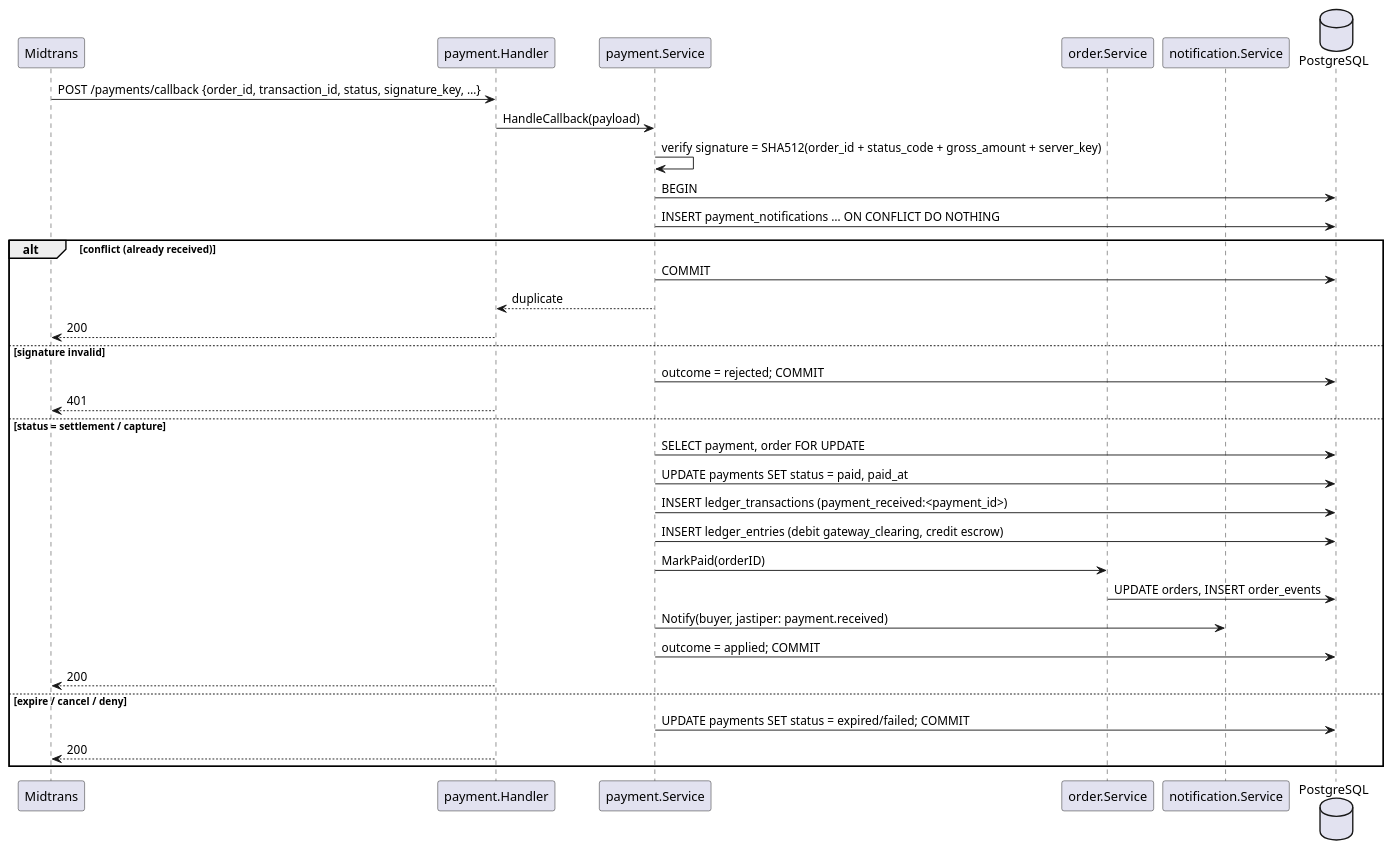
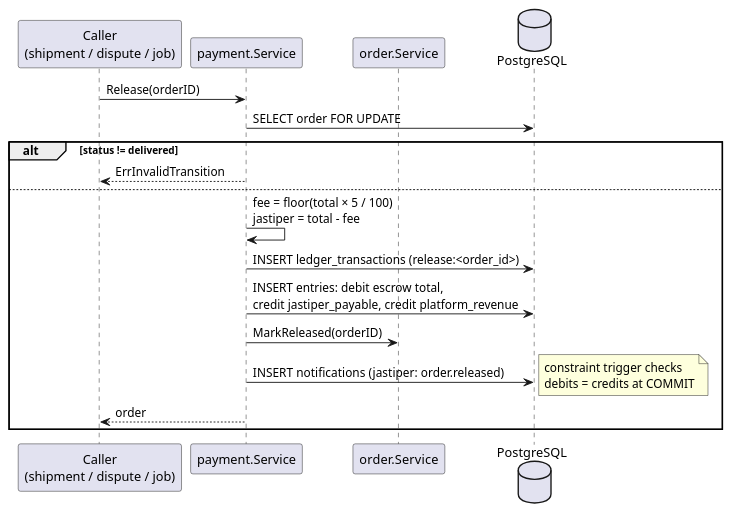
One commit to Titip-Dong/titipdong-be changed the third of 5 diagrams in docs/features/payment.md. Above: the diagram before and after it, drawn with PlantUML. The commit also changed other lines of this file and 11 other files, not shown here.

````diff
--- a/docs/features/payment.md
+++ b/docs/features/payment.md
@@ -248,37 +263,22 @@
 ```plantuml
 @startuml
-participant "Midtrans" as GW
-participant "payment.Handler" as H
+participant "Caller\n(shipment / dispute / job)" as C
 participant "payment.Service" as S
 participant "order.Service" as O
-participant "notification.Service" as N
 database PostgreSQL as DB
 
-GW -> H : POST /payments/callback {order_id, transaction_id, status, signature_key, …}
-H -> S : HandleCallback(payload)
-S -> S : verify signature = SHA512(order_id + status_code + gross_amount + server_key)
-S -> DB : BEGIN
-S -> DB : INSERT payment_notifications … ON CONFLICT DO NOTHING
-alt conflict (already received)
-  S -> DB : COMMIT
-  S --> H : duplicate
-  H --> GW : 200
-else signature invalid
-  S -> DB : outcome = rejected; COMMIT
-  H --> GW : 401
-else status = settlement / capture
-  S -> DB : SELECT payment, order FOR UPDATE
-  S -> DB : UPDATE payments SET status = paid, paid_at
-  S -> DB : INSERT ledger_transactions (payment_received:<payment_id>)
-  S -> DB : INSERT ledger_entries (debit gateway_clearing, credit escrow)
-  S -> O : MarkPaid(orderID)
-  O -> DB : UPDATE orders, INSERT order_events
-  S -> N : Notify(buyer, jastiper: payment.received)
-  S -> DB : outcome = applied; COMMIT
-  H --> GW : 200
-else expire / cancel / deny
-  S -> DB : UPDATE payments SET status = expired/failed; COMMIT
-  H --> GW : 200
+C -> S : Release(orderID)
+S -> DB : SELECT order FOR UPDATE
+alt status != delivered
+  S --> C : ErrInvalidTransition
+else
+  S -> S : fee = floor(total × 5 / 100)\njastiper = total - fee
+  S -> DB : INSERT ledger_transactions (release:<order_id>)
+  S -> DB : INSERT entries: debit escrow total,\ncredit jastiper_payable, credit platform_revenue
+  S -> O : MarkReleased(orderID)
+  S -> DB : INSERT notifications (jastiper: order.released)
+  note right : constraint trigger checks\ndebits = credits at COMMIT
+  S --> C : order
 end
 @enduml
 ```
````
